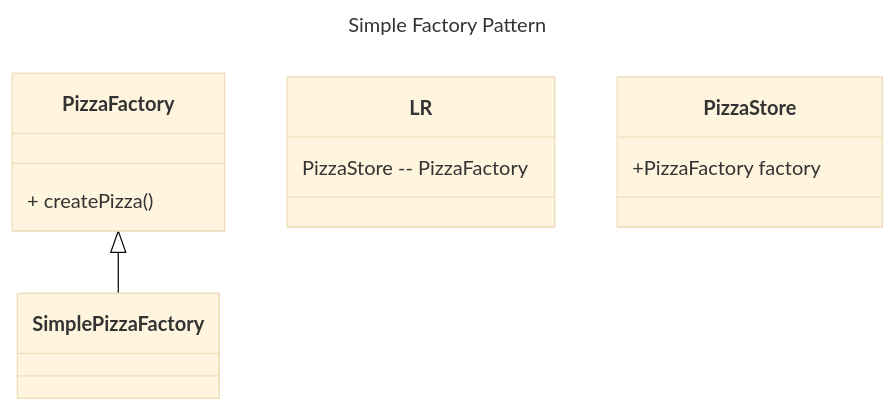
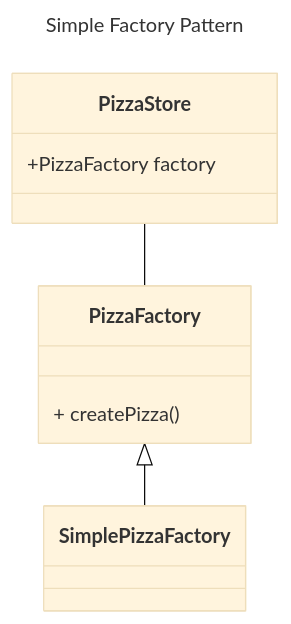
One commit to sovan92/LowLevelDesignDocuments changed the diagram in FactoryPattern.md. Above: the diagram before and after it, drawn with Mermaid (base theme).

````diff
--- a/FactoryPattern.md
+++ b/FactoryPattern.md
@@ -5,18 +5,20 @@
 ```mermaid
 ---
 title: Simple Factory Pattern
 ---
 classDiagram
     PizzaFactory<|--SimplePizzaFactory
-    LR: PizzaStore -- PizzaFactory
+    flowchart LR
+    PizzaStore -- PizzaFactory
+
     class PizzaStore {
         +PizzaFactory factory
     }
     class PizzaFactory {
         + createPizza()
     }
     
     class SimplePizzaFactory{
 
     }
 ```
````
